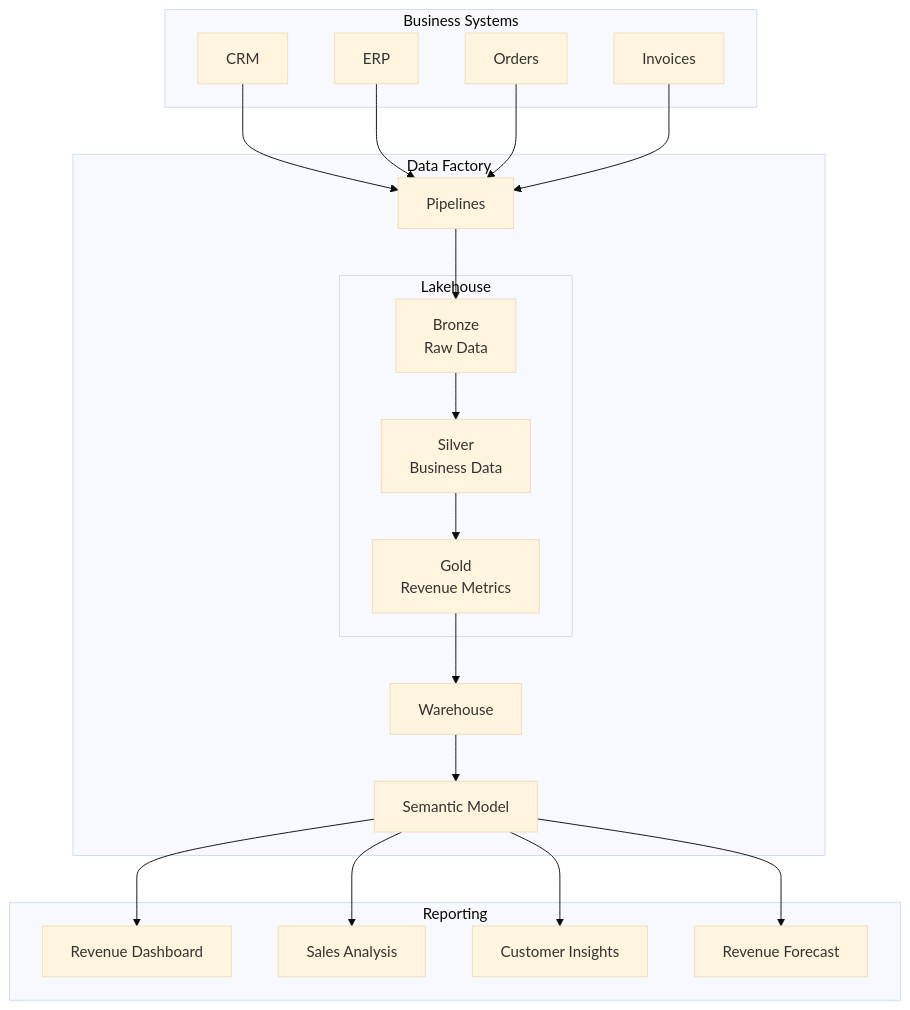
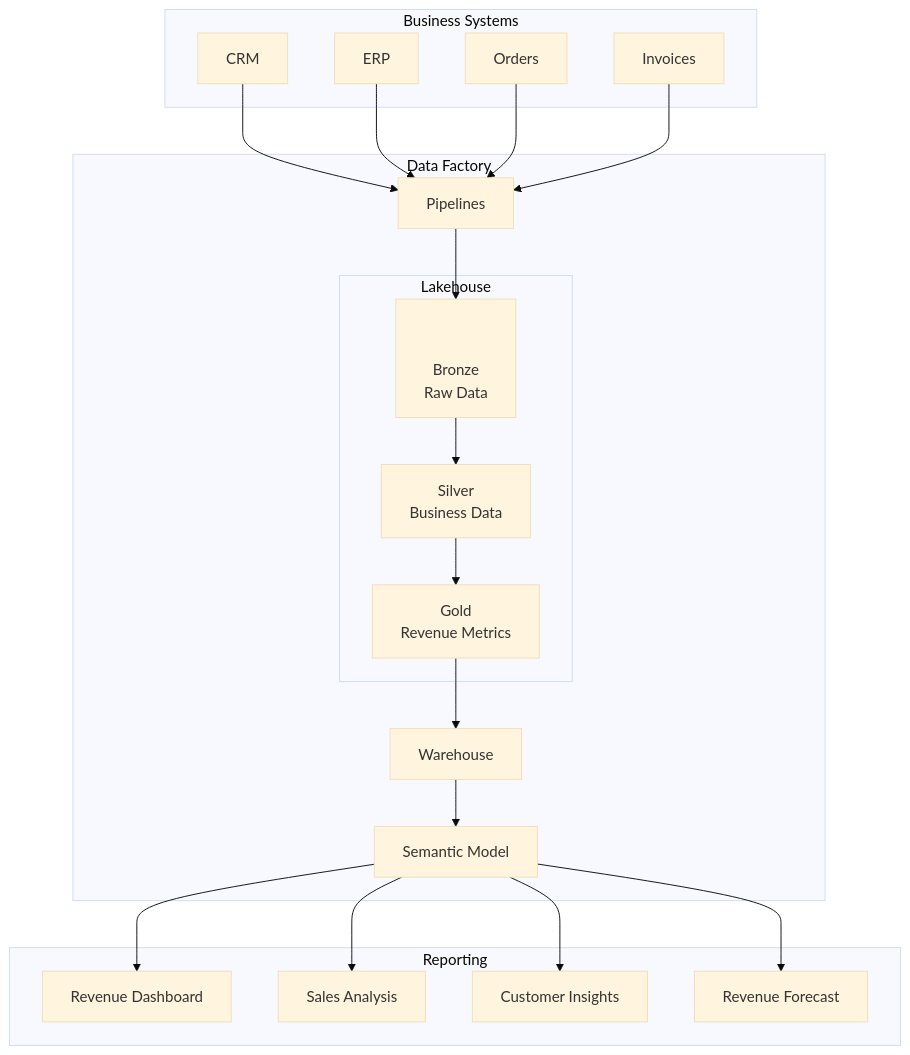
Before and after one commit to Solveright/Revenue-Visibility: the diagram in README.md, drawn with Mermaid (base theme).

````diff
--- a/README.md
+++ b/README.md
@@ -16,47 +16,47 @@
 ```mermaid
 flowchart TB
 
     subgraph Sources["Business Systems"]
         CRM["CRM"]
         ERP["ERP"]
         Orders["Orders"]
         Invoices["Invoices"]
     end
 
     subgraph Data Factory
         DF["Pipelines"]
 
         subgraph Lakehouse["Lakehouse"]
-            Bronze["Bronze<br/>Raw Data"]
+            Bronze["<br/><br/>Bronze<br/>Raw Data"]
             Silver["Silver<br/>Business Data"]
             Gold["Gold<br/>Revenue Metrics"]
         end
 
         WH["Warehouse"]
         SM["Semantic Model"]
     end
 
     subgraph Reporting["Reporting"]
         Revenue["Revenue Dashboard"]
         Sales["Sales Analysis"]
         Customer["Customer Insights"]
         Forecast["Revenue Forecast"]
     end
 
     CRM --> DF
     ERP --> DF
     Orders --> DF
     Invoices --> DF
 
     DF --> Bronze
     Bronze --> Silver
     Silver --> Gold
 
     Gold --> WH
     WH --> SM
 
     SM --> Revenue
     SM --> Sales
     SM --> Customer
     SM --> Forecast
 ```
````
